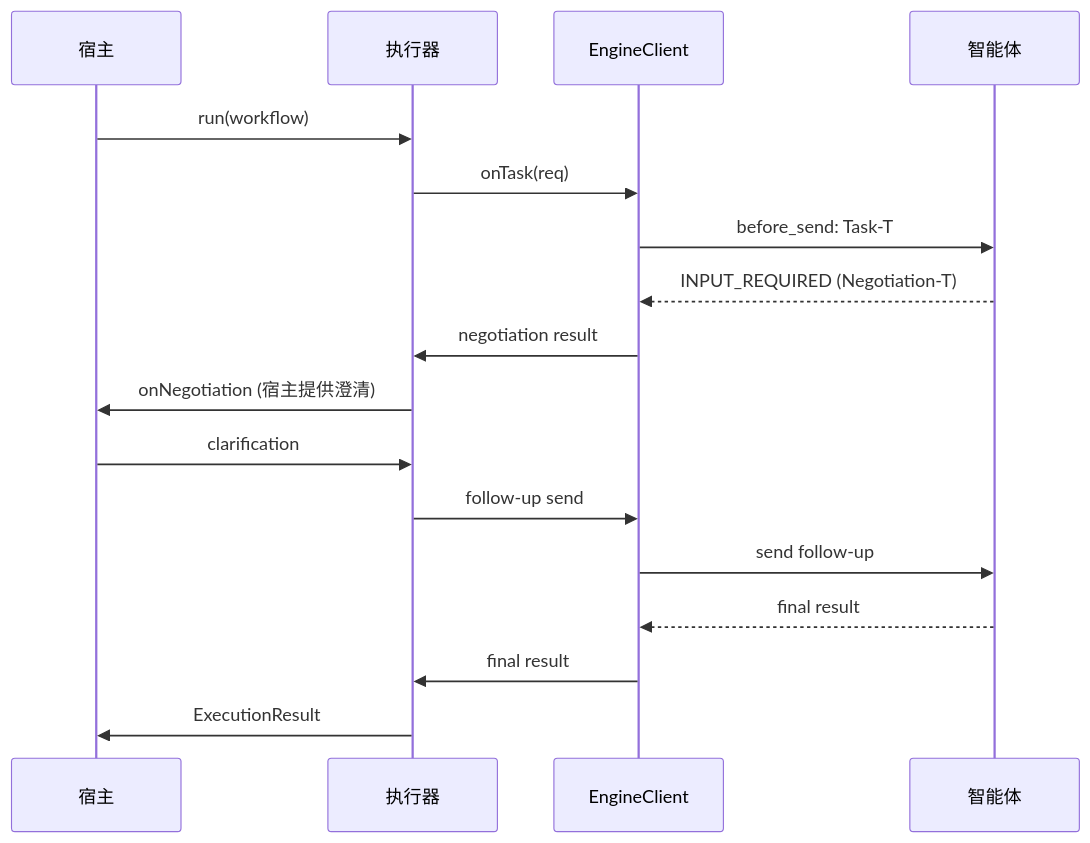
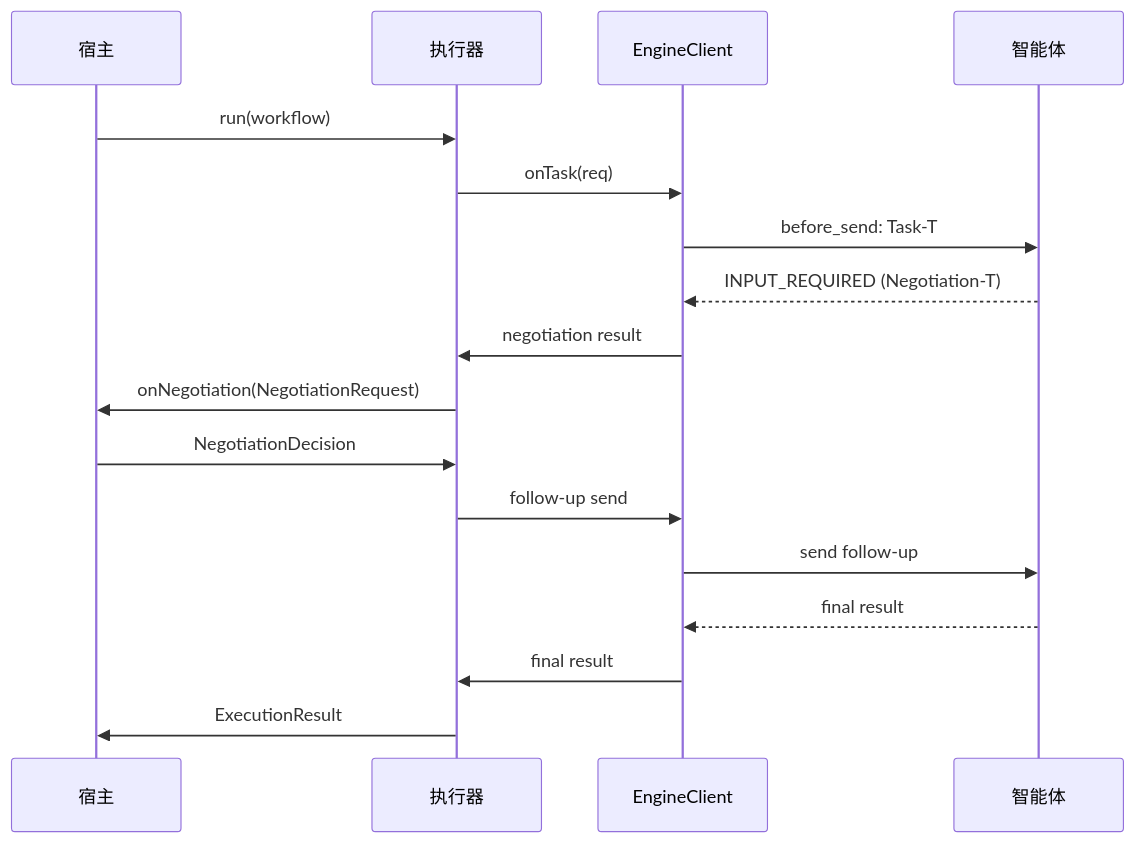
One commit to Zhoujie628/workflow-engine-sdk-java changed the third of 5 diagrams in docs/zh/DESIGN.md. Above: the diagram before and after it, drawn with Mermaid. The commit also changed other lines of this file and 36 other files, not shown here.

````diff
--- a/docs/zh/DESIGN.md
+++ b/docs/zh/DESIGN.md
@@ -209,20 +208,20 @@
 ```mermaid
 sequenceDiagram
     participant H as 宿主
     participant E as 执行器
     participant C as EngineClient
     participant A as 智能体
 
     H->>E: run(workflow)
     E->>C: onTask(req)
     C->>A: before_send: Task-T
     A-->>C: INPUT_REQUIRED (Negotiation-T)
     C->>E: negotiation result
-    E->>H: onNegotiation (宿主提供澄清)
-    H->>E: clarification
+    E->>H: onNegotiation(NegotiationRequest)
+    H->>E: NegotiationDecision
     E->>C: follow-up send
     C->>A: send follow-up
     A-->>C: final result
     C->>E: final result
     E->>H: ExecutionResult
 ```
````
